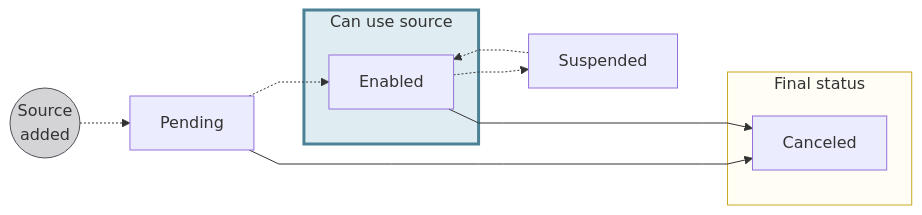
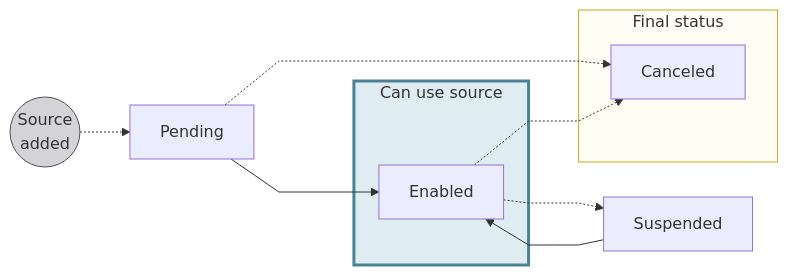
One commit to swan-io/docs changed the first of 2 diagrams in docs/topics/accounts/funding/index.mdx. Above: the diagram before and after it, drawn with Mermaid. The commit also changed other lines of this file and 84 other files, not shown here.

````diff
--- a/docs/topics/accounts/funding/index.mdx
+++ b/docs/topics/accounts/funding/index.mdx
@@ -60,19 +57,19 @@
 ```mermaid
 %%{ init: { 'flowchart': { 'curve': 'linear' } } }%%
 flowchart LR
     AMA((Source<br/>added)) -.-> P[Pending]
-    P -.-> E[Enabled]
-    P --> C[Canceled]
+    P ---> E[Enabled]
+    P -.-> C[Canceled]
     E -.-> S[Suspended]
-    S -.-> E
-    E ---> C
+    S --> E
+    E -.-> C
     subgraph U[Can use source]
         E
     end
     subgraph F[Final status]
         C
     end
     style AMA fill:#D4D3D5,stroke:#514F59
     style F fill:#fffdf4,stroke:#cca922
     style U fill:#dfedf2,stroke:#4d8296, stroke-width:3px
 ```
````
